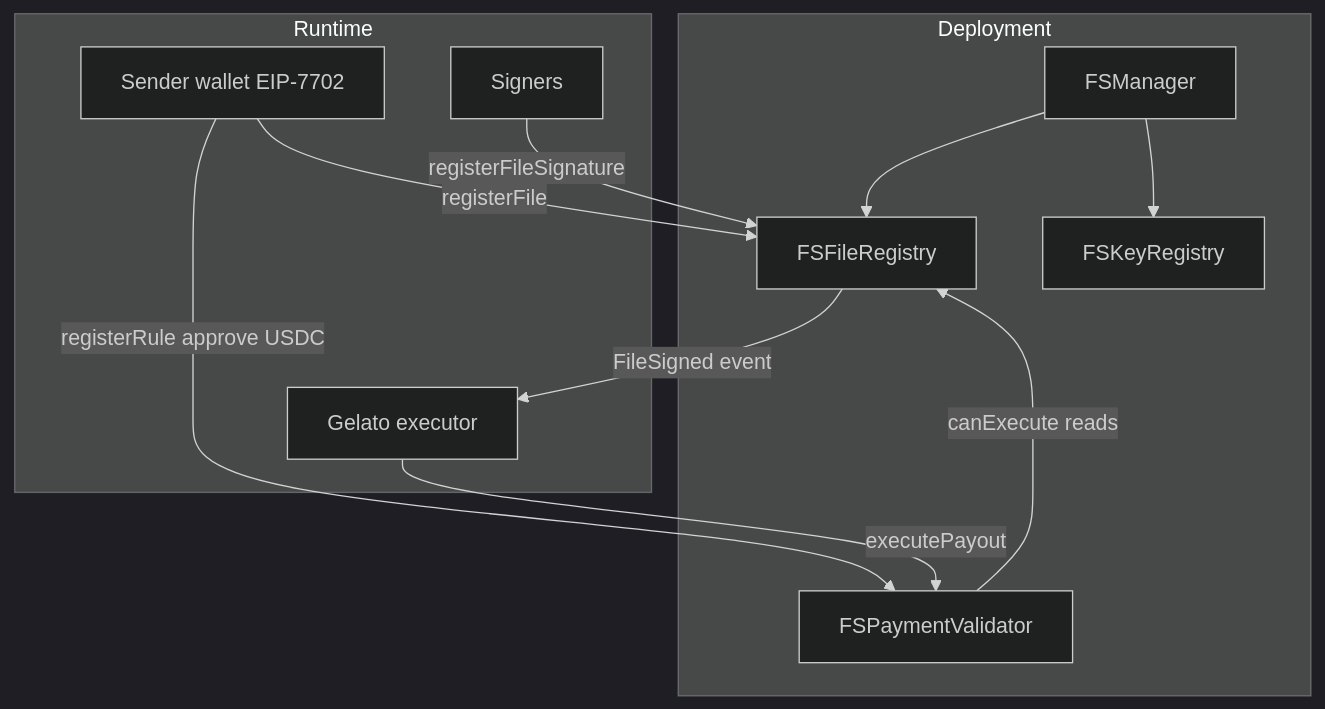
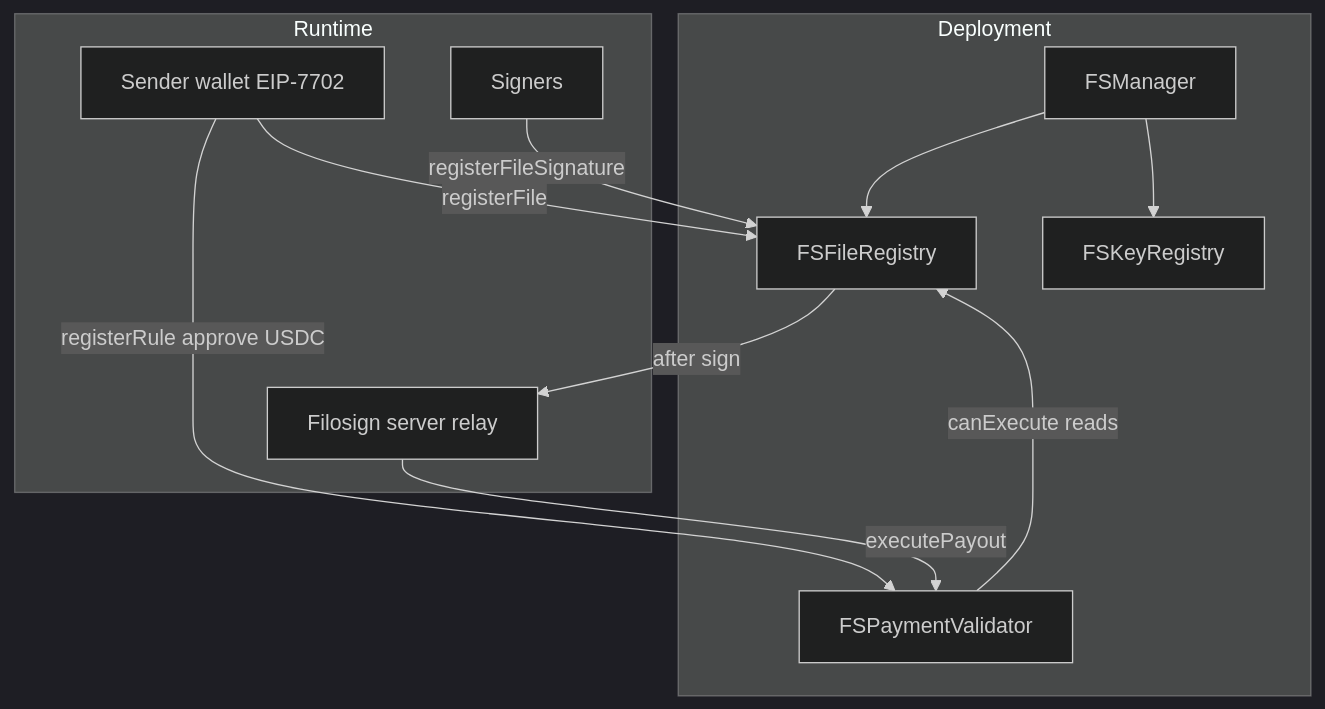
One commit to filosign-dapp/filosign changed the diagram in apps/contracts/README.md. Above: the diagram before and after it, drawn with Mermaid (dark theme). The commit also changed other lines of this file and 4 other files, not shown here.

````diff
--- a/apps/contracts/README.md
+++ b/apps/contracts/README.md
@@ -20,21 +20,21 @@
 ```mermaid
 flowchart TB
   subgraph deploy [Deployment]
     M[FSManager]
     FR[FSFileRegistry]
     KR[FSKeyRegistry]
     PV[FSPaymentValidator]
     M --> FR
     M --> KR
   end
   subgraph runtime [Runtime]
     Sender[Sender wallet EIP-7702]
-    Gelato[Gelato executor]
+    Relay[Filosign server relay]
     PV -->|canExecute reads| FR
-    Gelato -->|executePayout| PV
+    Relay -->|executePayout| PV
     Sender -->|registerRule approve USDC| PV
     Sender -->|registerFile| FR
     Signers[Signers] -->|registerFileSignature| FR
-    FR -->|FileSigned event| Gelato
+    FR -->|after sign| Relay
   end
 ```
````
